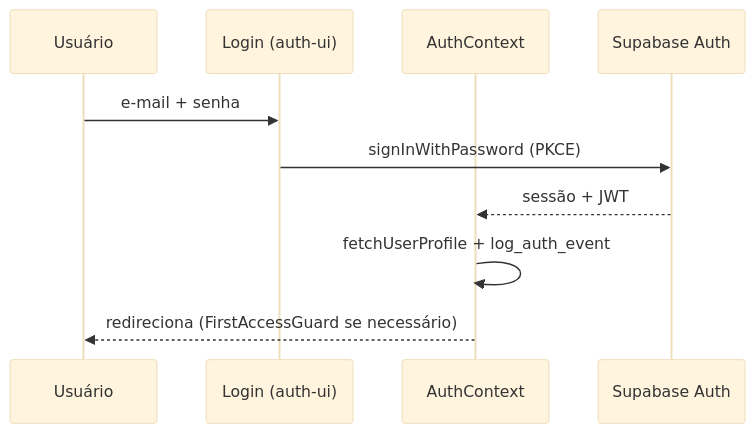
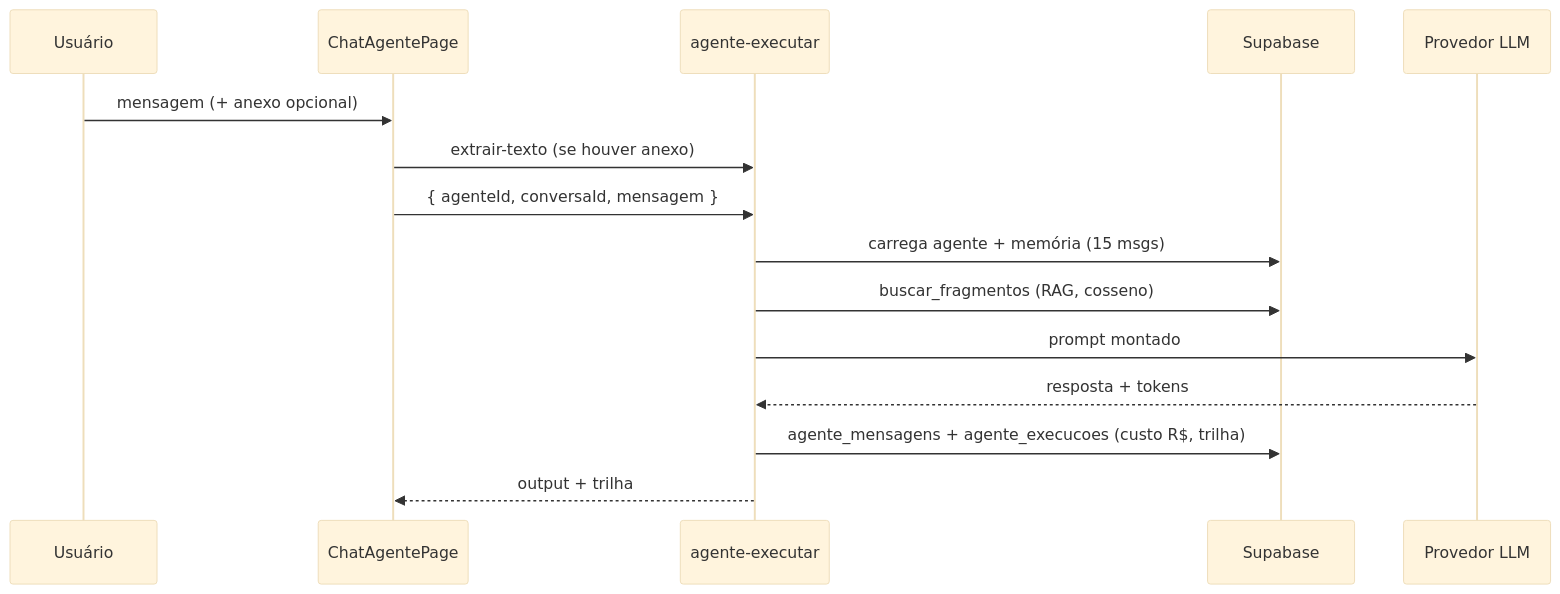
The fifth of 8 diagrams in docs/Documentacao_Final_Tecnica.md (afelipedev/app-e7aicenter), drawn with Mermaid (base theme) before and after one commit. The commit also changed other lines of this file and 38 other files, not shown here.

````diff
--- a/docs/Documentacao_Final_Tecnica.md
+++ b/docs/Documentacao_Final_Tecnica.md
@@ -505,12 +563,17 @@
 ```mermaid
 sequenceDiagram
     participant U as Usuário
-    participant L as Login (auth-ui)
-    participant A as AuthContext
-    participant S as Supabase Auth
-    U->>L: e-mail + senha
-    L->>S: signInWithPassword (PKCE)
-    S-->>A: sessão + JWT
-    A->>A: fetchUserProfile + log_auth_event
-    A-->>U: redireciona (FirstAccessGuard se necessário)
+    participant FE as ChatAgentePage
+    participant EF as agente-executar
+    participant DB as Supabase
+    participant L as Provedor LLM
+    U->>FE: mensagem (+ anexo opcional)
+    FE->>EF: extrair-texto (se houver anexo)
+    FE->>EF: { agenteId, conversaId, mensagem }
+    EF->>DB: carrega agente + memória (15 msgs)
+    EF->>DB: buscar_fragmentos (RAG, cosseno)
+    EF->>L: prompt montado
+    L-->>EF: resposta + tokens
+    EF->>DB: agente_mensagens + agente_execucoes (custo R$, trilha)
+    EF-->>FE: output + trilha
 ```
````
